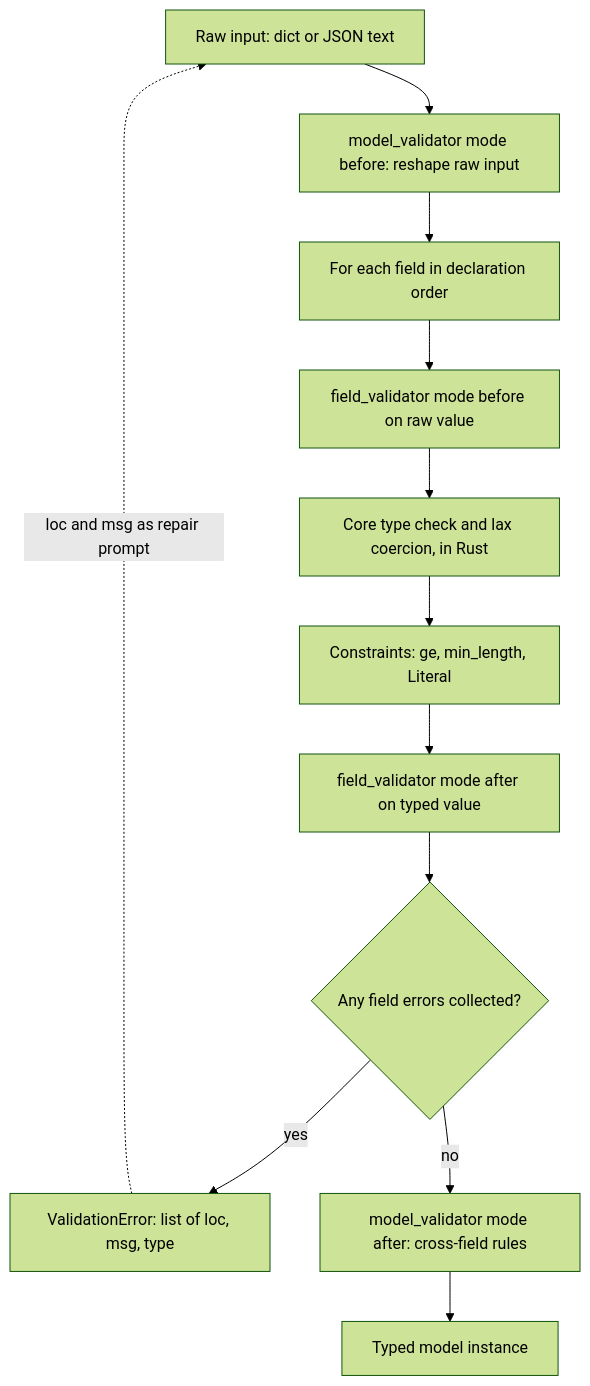
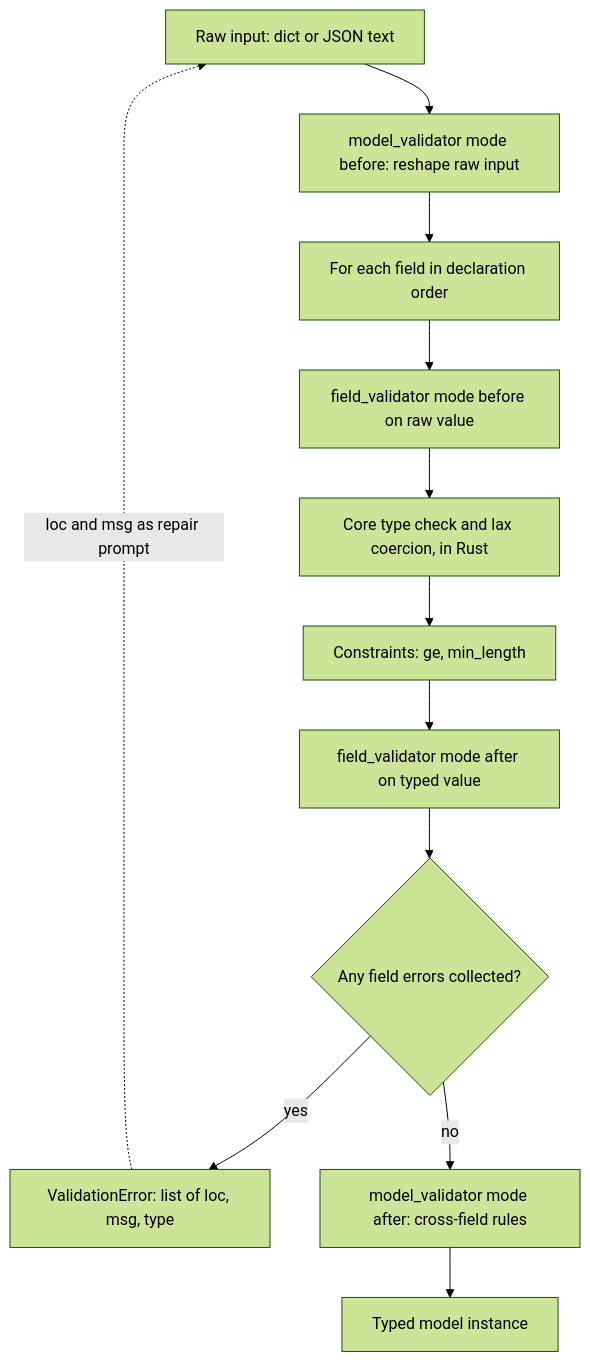
One commit to lovishmahajan97/agentic-learning changed the diagram in content/python-for-ai/pydantic.md. Above: the diagram before and after it, drawn with Mermaid (forest theme). The commit also changed other lines of this file and 213 other files, not shown here.

````diff
--- a/content/python-for-ai/pydantic.md
+++ b/content/python-for-ai/pydantic.md
@@ -130,14 +130,14 @@
 ```mermaid
 flowchart TD
     IN["Raw input: dict or JSON text"] --> MB["model_validator mode before: reshape raw input"]
     MB --> F["For each field in declaration order"]
     F --> FB["field_validator mode before on raw value"]
     FB --> CORE["Core type check and lax coercion, in Rust"]
-    CORE --> CON["Constraints: ge, min_length, Literal"]
+    CORE --> CON["Constraints: ge, min_length"]
     CON --> FA["field_validator mode after on typed value"]
     FA --> COL{"Any field errors collected?"}
     COL -->|"yes"| VE["ValidationError: list of loc, msg, type"]
     COL -->|"no"| MA["model_validator mode after: cross-field rules"]
     MA --> OBJ["Typed model instance"]
     VE -.->|"loc and msg as repair prompt"| IN
 ```
````
